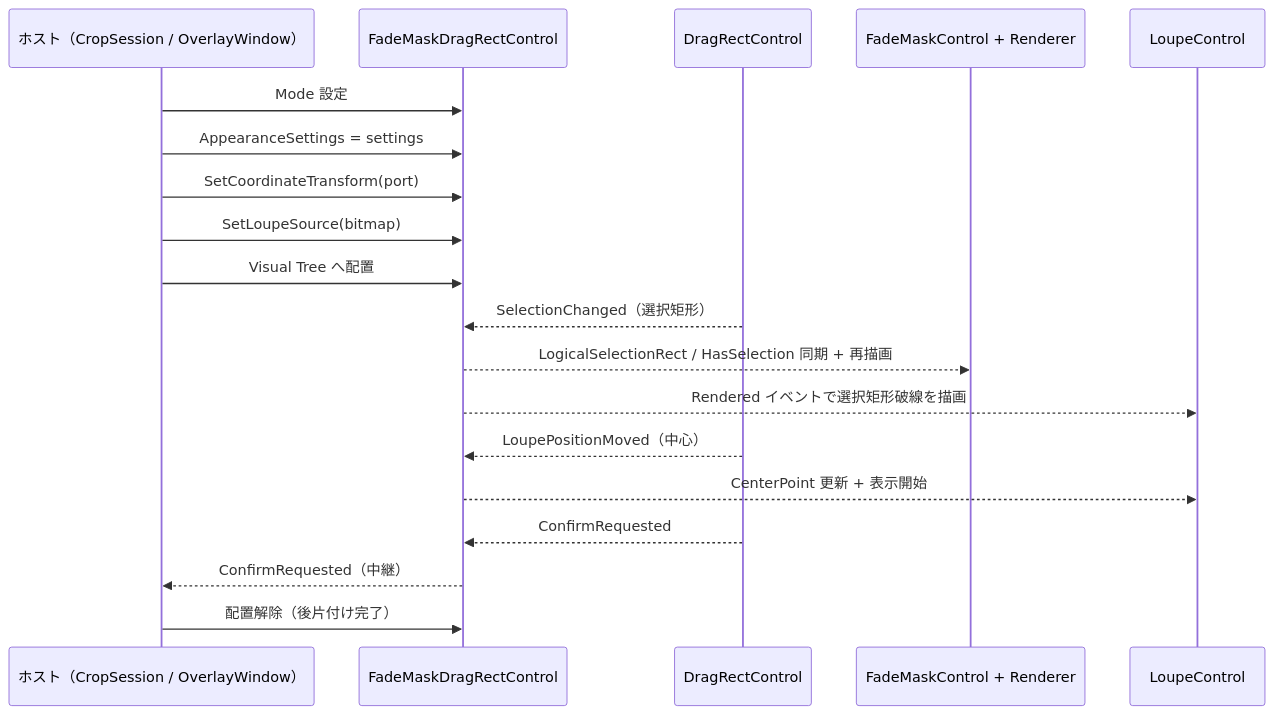
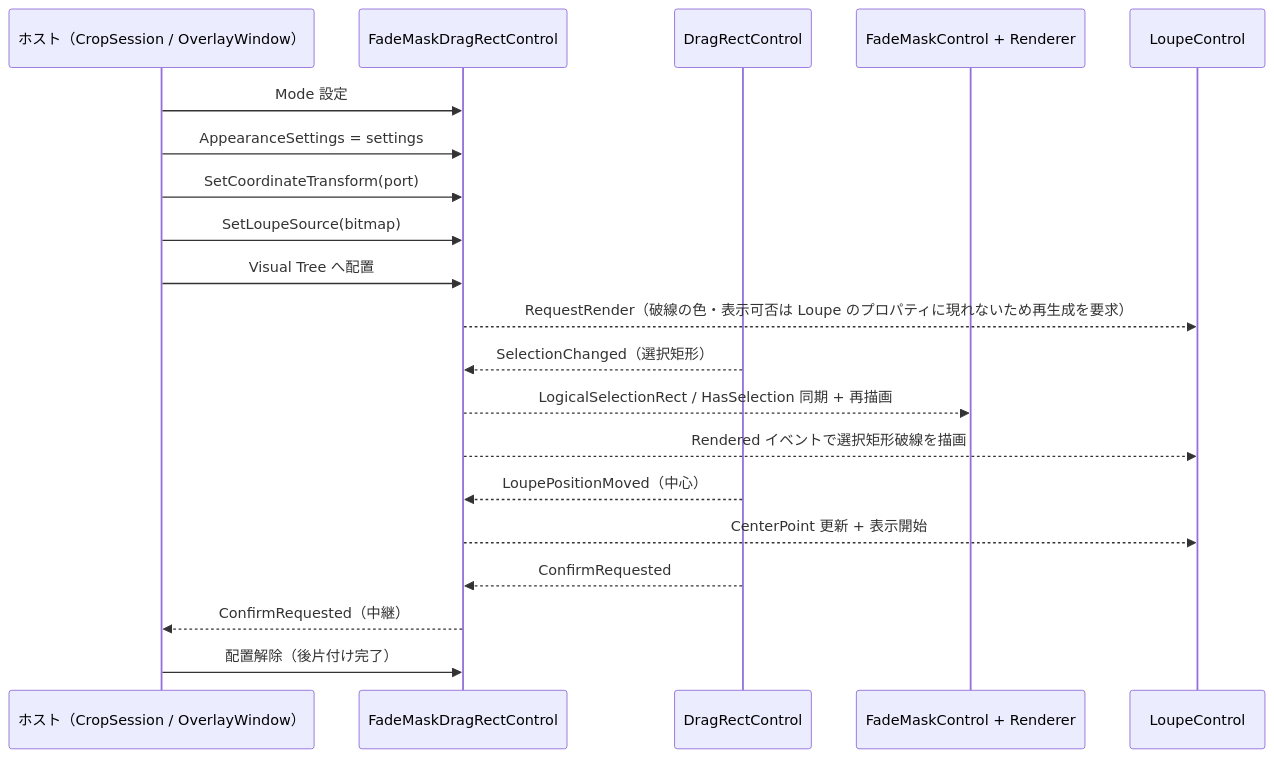
Before and after one commit to tomokuni/SaveEvidence: the second of 2 diagrams in src/FadeMaskDragRectControl.AvaloniaUI/SPEC_System.md, drawn with Mermaid. The commit also changed other lines of this file and 122 other files, not shown here.

````diff
--- a/src/FadeMaskDragRectControl.AvaloniaUI/SPEC_System.md
+++ b/src/FadeMaskDragRectControl.AvaloniaUI/SPEC_System.md
@@ -171,22 +171,23 @@
 ```mermaid
 sequenceDiagram
     participant H as ホスト（CropSession / OverlayWindow）
     participant C as FadeMaskDragRectControl
     participant DR as DragRectControl
     participant FM as FadeMaskControl + Renderer
     participant LC as LoupeControl
 
     H->>C: Mode 設定
     H->>C: AppearanceSettings = settings
     H->>C: SetCoordinateTransform(port)
     H->>C: SetLoupeSource(bitmap)
     H->>C: Visual Tree へ配置
+    C-->>LC: RequestRender（破線の色・表示可否は Loupe のプロパティに現れないため再生成を要求）
     DR-->>C: SelectionChanged（選択矩形）
     C-->>FM: LogicalSelectionRect / HasSelection 同期 + 再描画
     C-->>LC: Rendered イベントで選択矩形破線を描画
     DR-->>C: LoupePositionMoved（中心）
     C-->>LC: CenterPoint 更新 + 表示開始
     DR-->>C: ConfirmRequested
     C-->>H: ConfirmRequested（中継）
     H->>C: 配置解除（後片付け完了）
 ```
````
